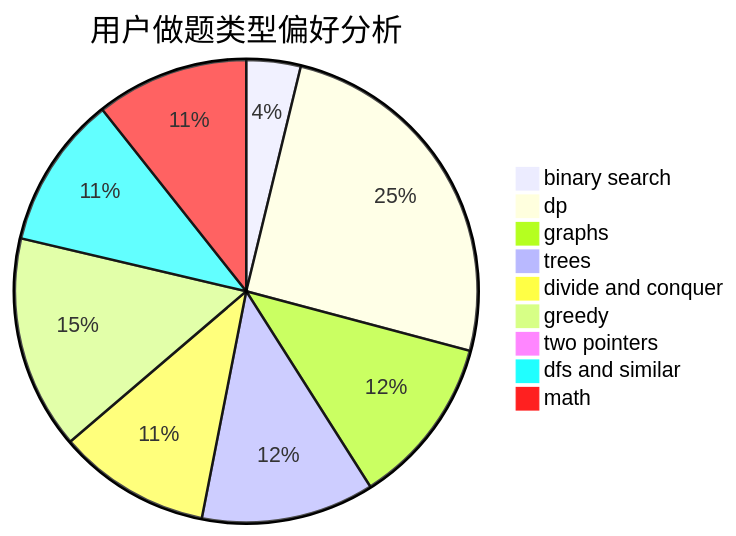
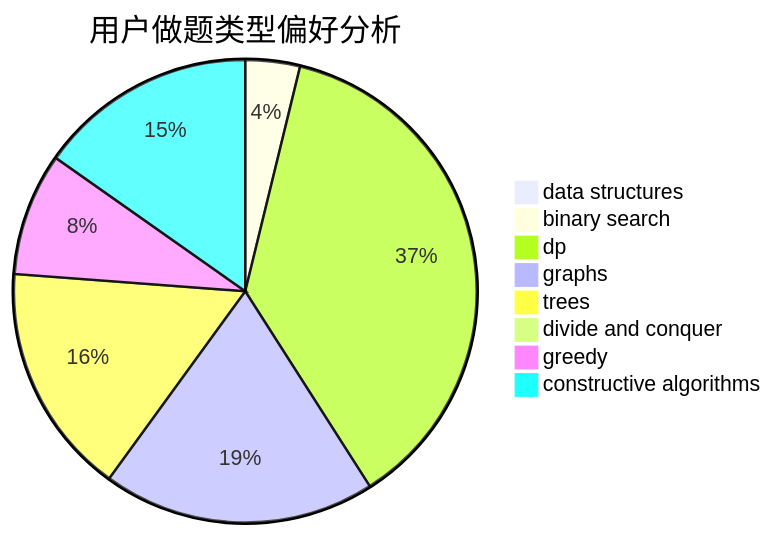
Before and after one commit to sherpahu/cfrs.github.io: the second of 3 diagrams in docs/user/u2473.md, drawn with Mermaid. The commit also changed other lines of this file and 2775 other files, not shown here.

````diff
--- a/docs/user/u2473.md
+++ b/docs/user/u2473.md
@@ -23,12 +23,11 @@
 ```mermaid
 pie title 用户做题类型偏好分析
-    "binary search" :  16
-    "dp" :  107
-    "graphs" :  50
-    "trees" :  51
-    "divide and conquer" :  45
-    "greedy" :  63
-    "two pointers" :  1
-    "dfs and similar" :  45
-    "math" :  45
+    "data structures" :  1
+    "binary search" :  4
+    "dp" :  39
+    "graphs" :  20
+    "trees" :  17
+    "divide and conquer" :  0
+    "greedy" :  9
+    "constructive algorithms" :  16
 ```
````
